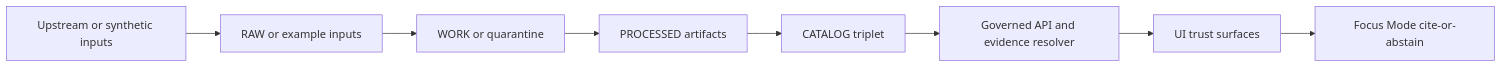
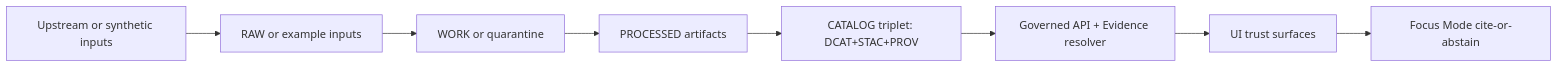
One commit to bartytime4life/Kansas-Frontier-Matrix changed the first of 2 diagrams in examples/README.md. Above: the diagram before and after it, drawn with Mermaid. The commit also changed other lines of this file, not shown here.

````diff
--- a/examples/README.md
+++ b/examples/README.md
@@ -129,10 +145,10 @@
 ```mermaid
 flowchart LR
   U[Upstream or synthetic inputs] --> R[RAW or example inputs]
   R --> W[WORK or quarantine]
   W --> P[PROCESSED artifacts]
-  P --> C[CATALOG triplet]
-  C --> API[Governed API and evidence resolver]
+  P --> C[CATALOG triplet: DCAT+STAC+PROV]
+  C --> API[Governed API + Evidence resolver]
   API --> UI[UI trust surfaces]
   UI --> FM[Focus Mode cite-or-abstain]
 ```
````
